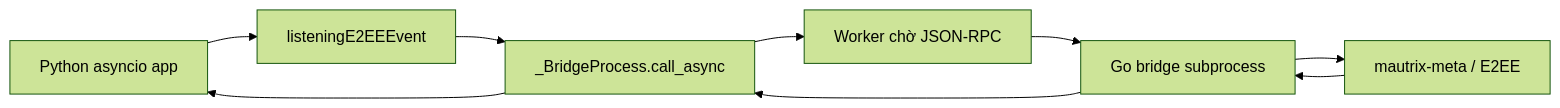
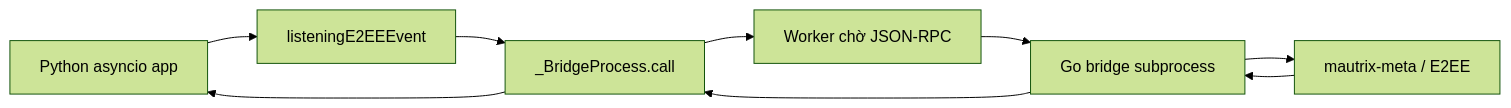
The third of 4 diagrams in FLOWCHART.md (m008v/fbchat-v2), drawn with Mermaid (forest theme) before and after one commit. The commit also changed other lines of this file and 49 other files, not shown here.

````diff
--- a/FLOWCHART.md
+++ b/FLOWCHART.md
@@ -43,11 +43,11 @@
 ```mermaid
 flowchart LR
     A[Python asyncio app] --> B[listeningE2EEEvent]
-    B --> C[_BridgeProcess.call_async]
+    B --> C[_BridgeProcess.call]
     C --> D[Worker chờ JSON-RPC]
     D --> E[Go bridge subprocess]
     E --> F[mautrix-meta / E2EE]
     F --> E
     E --> C
     C --> A
 ```
````
